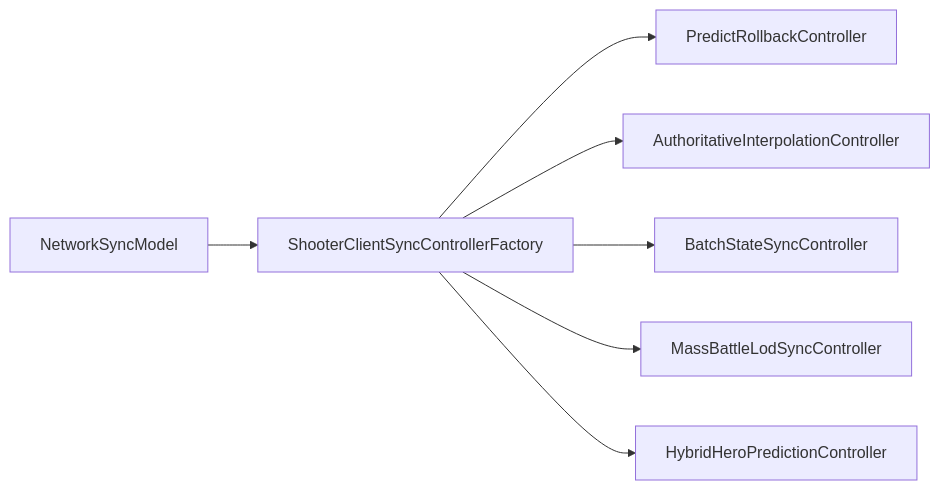
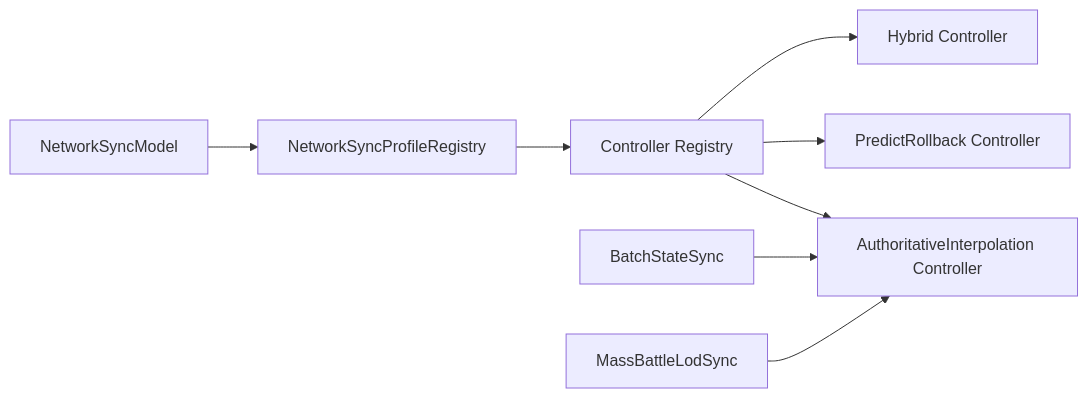
Before and after one commit to Kurumioi/AbilityKit: the second of 6 diagrams in Docs/design/09-ImplementationExamples/Shooter/04-ClientSyncStrategies.md, drawn with Mermaid. The commit also changed other lines of this file and 118 other files, not shown here.

````diff
--- a/Docs/design/09-ImplementationExamples/Shooter/04-ClientSyncStrategies.md
+++ b/Docs/design/09-ImplementationExamples/Shooter/04-ClientSyncStrategies.md
@@ -66,9 +62,10 @@
 ```mermaid
 flowchart LR
-    A[NetworkSyncModel] --> B[ShooterClientSyncControllerFactory]
-    B --> C[PredictRollbackController]
-    B --> D[AuthoritativeInterpolationController]
-    B --> E[BatchStateSyncController]
-    B --> F[MassBattleLodSyncController]
-    B --> G[HybridHeroPredictionController]
+    Model[NetworkSyncModel] --> Profile[NetworkSyncProfileRegistry]
+    Profile --> Registry[Controller Registry]
+    Registry --> PR[PredictRollback Controller]
+    Registry --> AI[AuthoritativeInterpolation Controller]
+    Registry --> Hybrid[Hybrid Controller]
+    Batch[BatchStateSync] --> AI
+    LOD[MassBattleLodSync] --> AI
 ```
````
